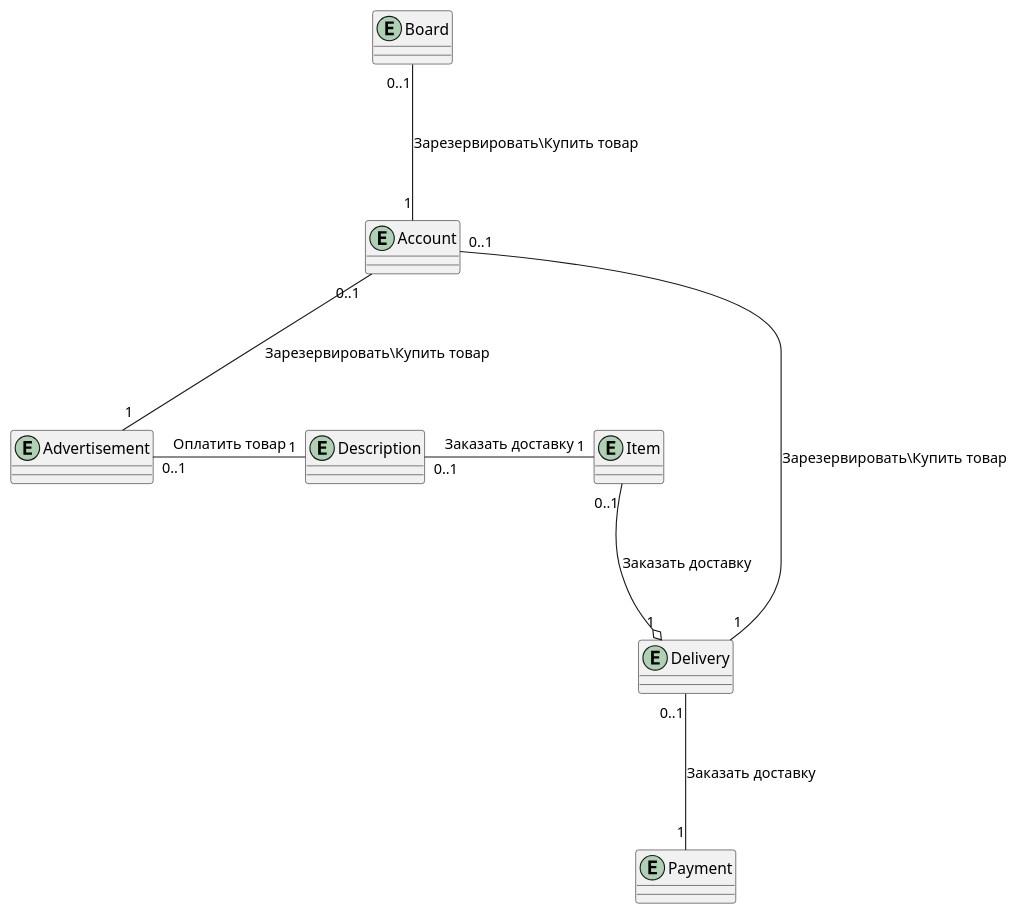
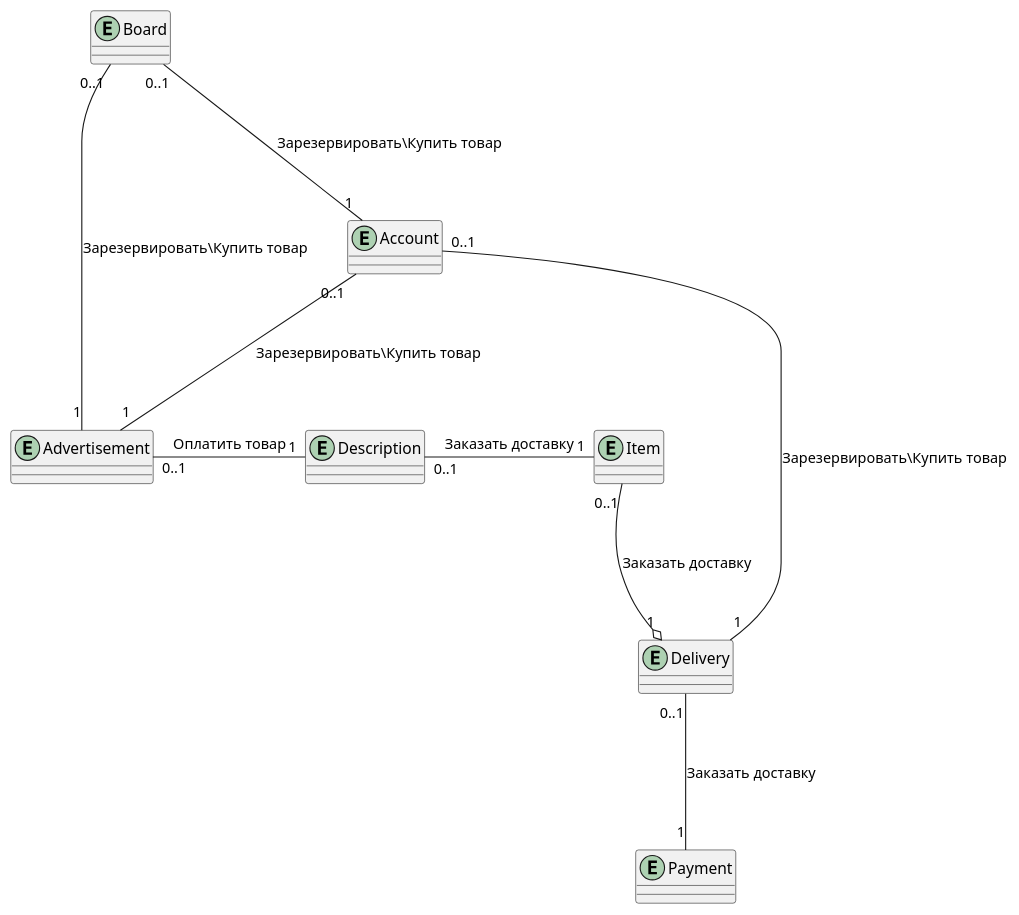
The diagram in Модель предметной области.md (penamarth/bsbo-01-22_team1_var13), drawn with PlantUML before and after one commit.

Commit message:
Update Модель предметной области.md

````diff
--- a/Модель предметной области.md
+++ b/Модель предметной области.md
@@ -1,56 +1,57 @@
 ```plantuml
 @startuml
 
 entity Board
 {
 
 }
 
 entity Account
 {
   
 }
 
 entity Advertisement
 {
     
     
 }
 
 entity Payment
 {
     
 }
 
 entity Delivery
 {
     
 }
 
 entity Item
 {
     
 }
 
 entity Description
 {
     
 }
 
 
 Board "0..1" -down-- "1" Account : Зарезервировать\Купить товар
+Board "0..1" -down-- "1" Advertisement : Зарезервировать\Купить товар
 Account "0..1" -down-- "1" Advertisement : Зарезервировать\Купить товар
 Account "0..1" -down-- "1" Delivery : Зарезервировать\Купить товар
 
 Advertisement "0..1" -right-- "1" Description : Оплатить товар
 Description "0..1" -right-- "1" Item : Заказать доставку
 
 Item "0..1" -down--o "1" Delivery : Заказать доставку
 
 Delivery "0..1" -down-- "1" Payment : Заказать доставку
 
 
 
 
 @enduml
 ```
````
